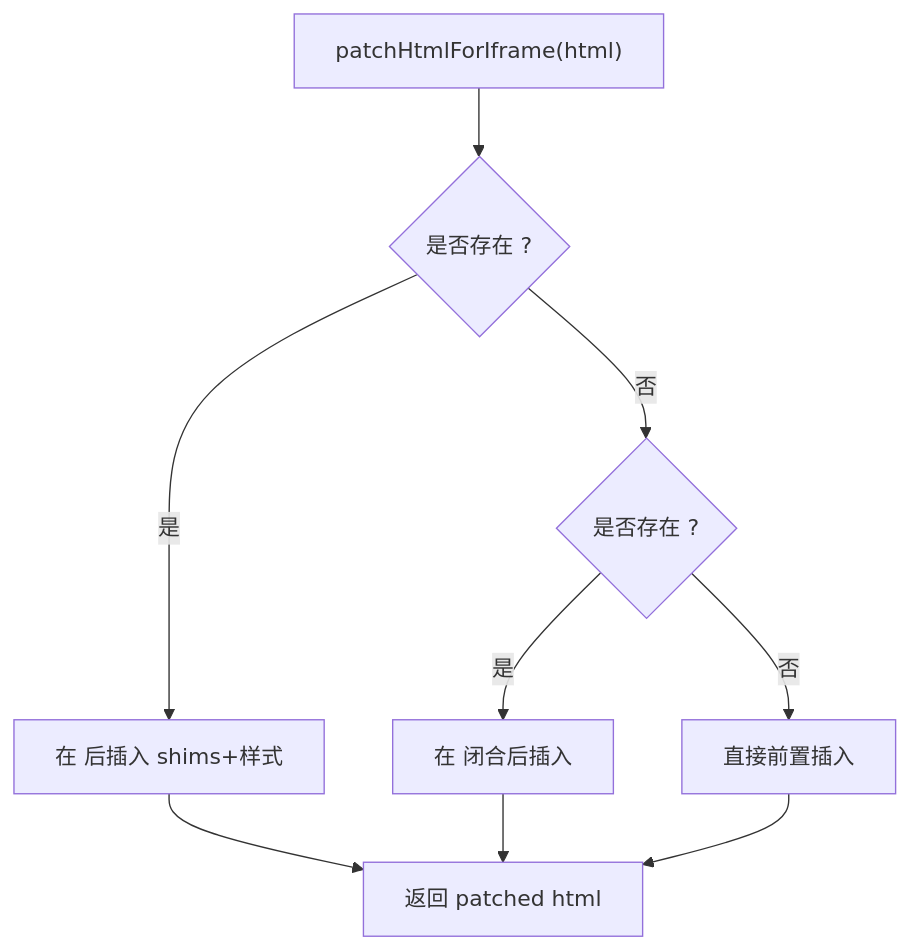
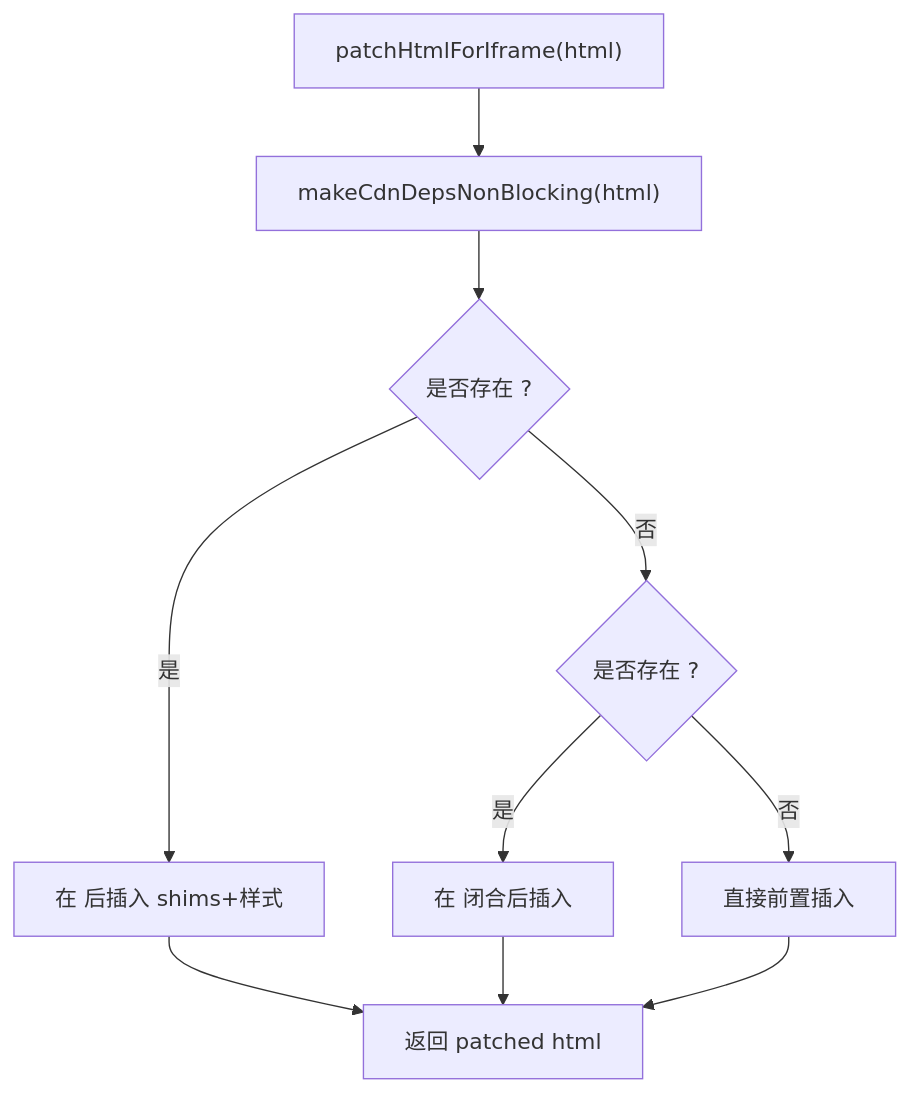
Before and after one commit to huangboheng/OpenMAIC: the seventh of 8 diagrams in .qoder/repowiki/zh/content/UI 组件系统/场景渲染组件/交互式内容渲染器.md, drawn with Mermaid. The commit also changed other lines of this file and 43 other files, not shown here.

````diff
--- a/.qoder/repowiki/zh/content/UI 组件系统/场景渲染组件/交互式内容渲染器.md
+++ b/.qoder/repowiki/zh/content/UI 组件系统/场景渲染组件/交互式内容渲染器.md
@@ -285,11 +362,12 @@
 ```mermaid
 flowchart TD
-StartPatch["patchHtmlForIframe(html)"] --> FindHead{"是否存在 <head> ?"}
+StartPatch["patchHtmlForIframe(html)"] --> DeBlock["makeCdnDepsNonBlocking(html)"]
+DeBlock --> FindHead{"是否存在 <head> ?"}
 FindHead --> |是| InsertAfterHead["在 <head> 后插入 shims+样式"]
 FindHead --> |否| FindHeadAttrs{"是否存在 <head ...> ?"}
 FindHeadAttrs --> |是| InsertAfterAttrs["在 <head ...> 闭合后插入"]
 FindHeadAttrs --> |否| Fallback["直接前置插入"]
 InsertAfterHead --> Done["返回 patched html"]
 InsertAfterAttrs --> Done
 Fallback --> Done
 ```
````
